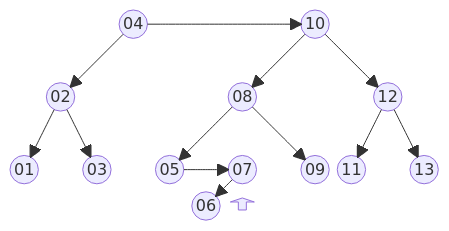
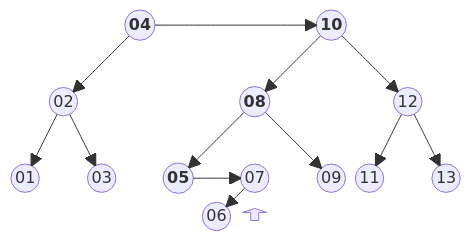
Before and after one commit to BenhurUFSM/l226b: the sixth of 9 diagrams in Assuntos/arvore-aa.md, drawn with Mermaid. The commit also changed other lines of this file, not shown here.

````diff
--- a/Assuntos/arvore-aa.md
+++ b/Assuntos/arvore-aa.md
@@ -205,22 +203,22 @@
 ```mermaid
 block
 columns 12
-space:3 r(("04")) space:4 d(("10")) space:3
+space:3 r(("<b>04</b>")) space:4 d(("<b>10</b>")) space:3
 space:12
-space e(("02")) space:4 de(("08")) space:3 dd(("12")) space
+space e(("02")) space:4 de(("<b>08</b>")) space:3 dd(("12")) space
 space:12
-ee(("01")) space ed(("03")) space dee(("05")) space deed(("07")) space ded(("09")) dde(("11")) space ddd(("13"))
+ee(("01")) space ed(("03")) space dee(("<b>05</b>")) space deed(("07")) space ded(("09")) dde(("11")) space ddd(("13"))
 space:5 deede(("06")) f<[" "]>(up) space:5
 r-->e
 r-->d
 e-->ee
 e-->ed
 d-->de
 d-->dd
 de-->dee
 de-->ded
 dee-->deed
 dd-->dde
 dd-->ddd
 deed-->deede
 ```
````
